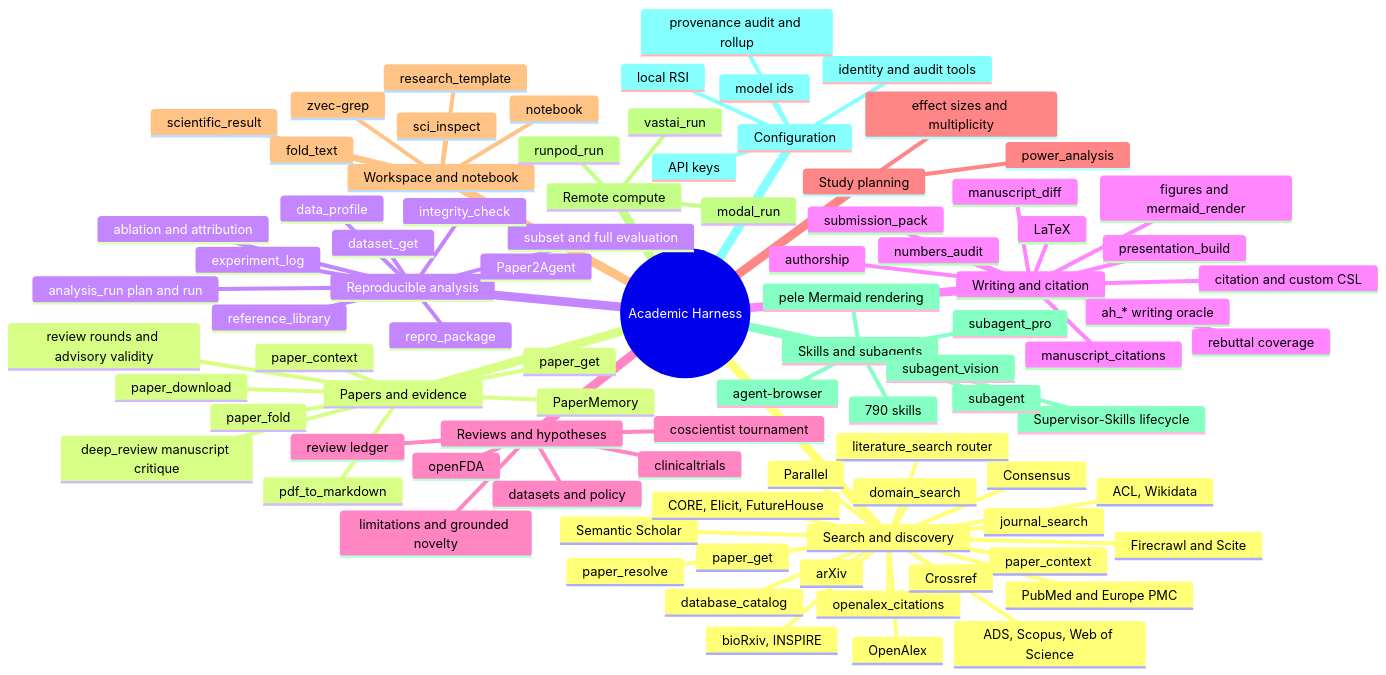
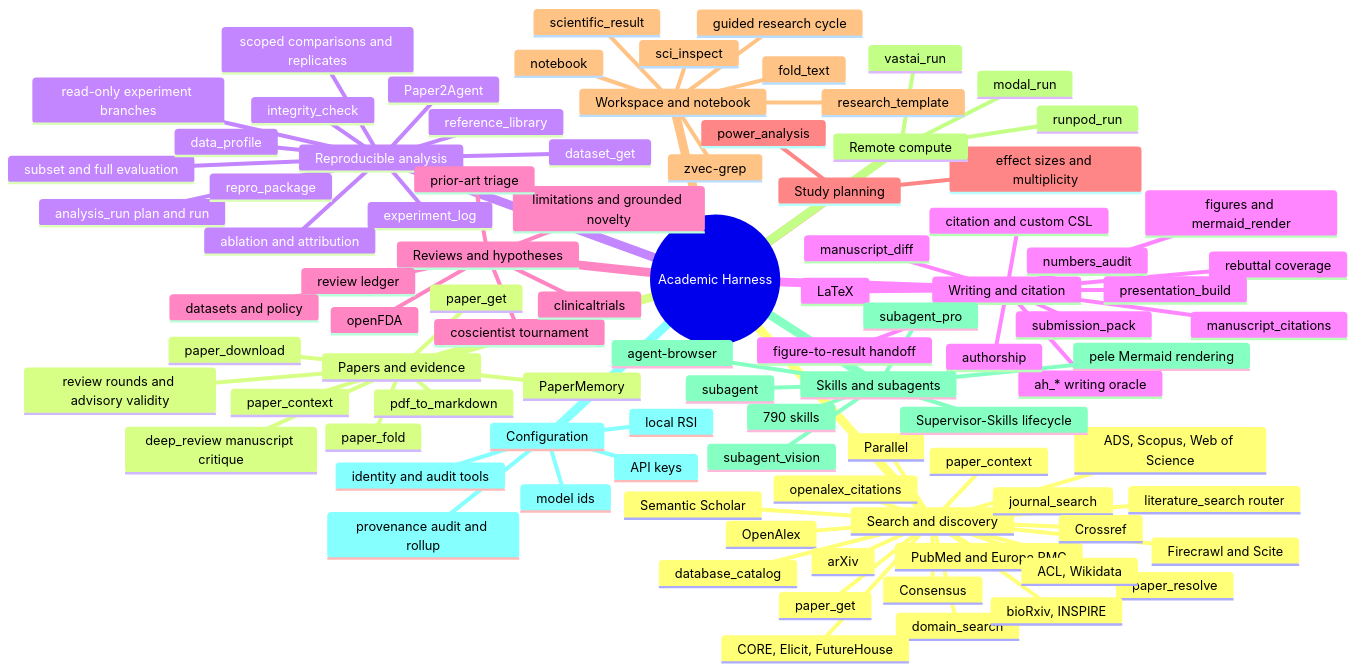
The diagram in docs/diagrams/capability-map.mmd (raktim-mondol/academic-harness), drawn with Mermaid before and after one commit. The commit also changed 43 other files, not shown here.

First line of the commit message:
Release 0.48.2: real-model research-cycle fixes

```diff
--- a/docs/diagrams/capability-map.mmd
+++ b/docs/diagrams/capability-map.mmd
@@ -1,90 +1,95 @@
 mindmap
   root((Academic Harness))
     Search and discovery
       literature_search router
       journal_search
       paper_get
       paper_context
       paper_resolve
       openalex_citations
       database_catalog
       domain_search
       OpenAlex
       Semantic Scholar
       PubMed and Europe PMC
       arXiv
       Crossref
       bioRxiv, INSPIRE
       ADS, Scopus, Web of Science
       ACL, Wikidata
       Consensus
       Parallel
       Firecrawl and Scite
       CORE, Elicit, FutureHouse
     Papers and evidence
       paper_get
       paper_context
       paper_download
       paper_fold
       pdf_to_markdown
       deep_review manuscript critique
       review rounds and advisory validity
       PaperMemory
     Reproducible analysis
       analysis_run plan and run
       experiment_log
+      scoped comparisons and replicates
+      read-only experiment branches
       subset and full evaluation
       ablation and attribution
       dataset_get
       data_profile
       repro_package
       reference_library
       integrity_check
       Paper2Agent
     Writing and citation
       ah_* writing oracle
       citation and custom CSL
       manuscript_citations
       submission_pack
       manuscript_diff
       rebuttal coverage
       numbers_audit
       presentation_build
       authorship
       LaTeX
       figures and mermaid_render
+      figure-to-result handoff
     Reviews and hypotheses
       review ledger
       coscientist tournament
       limitations and grounded novelty
+      prior-art triage
       clinicaltrials
       openFDA
       datasets and policy
     Study planning
       power_analysis
       effect sizes and multiplicity
     Workspace and notebook
       zvec-grep
       notebook
       scientific_result
       fold_text
       sci_inspect
       research_template
+      guided research cycle
     Remote compute
       modal_run
       runpod_run
       vastai_run
     Skills and subagents
       790 skills
       Supervisor-Skills lifecycle
       agent-browser
       pele Mermaid rendering
       subagent
       subagent_pro
       subagent_vision
     Configuration
       API keys
       model ids
       identity and audit tools
       provenance audit and rollup
       local RSI
```
